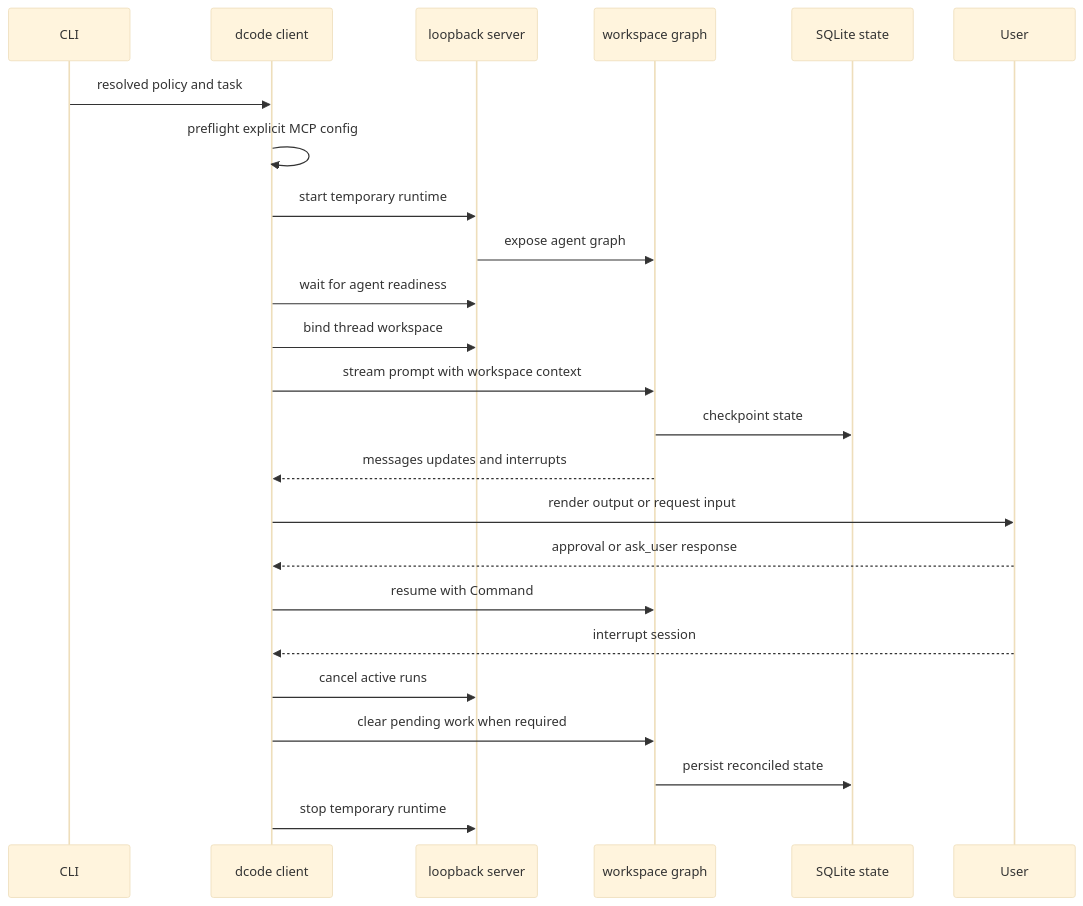
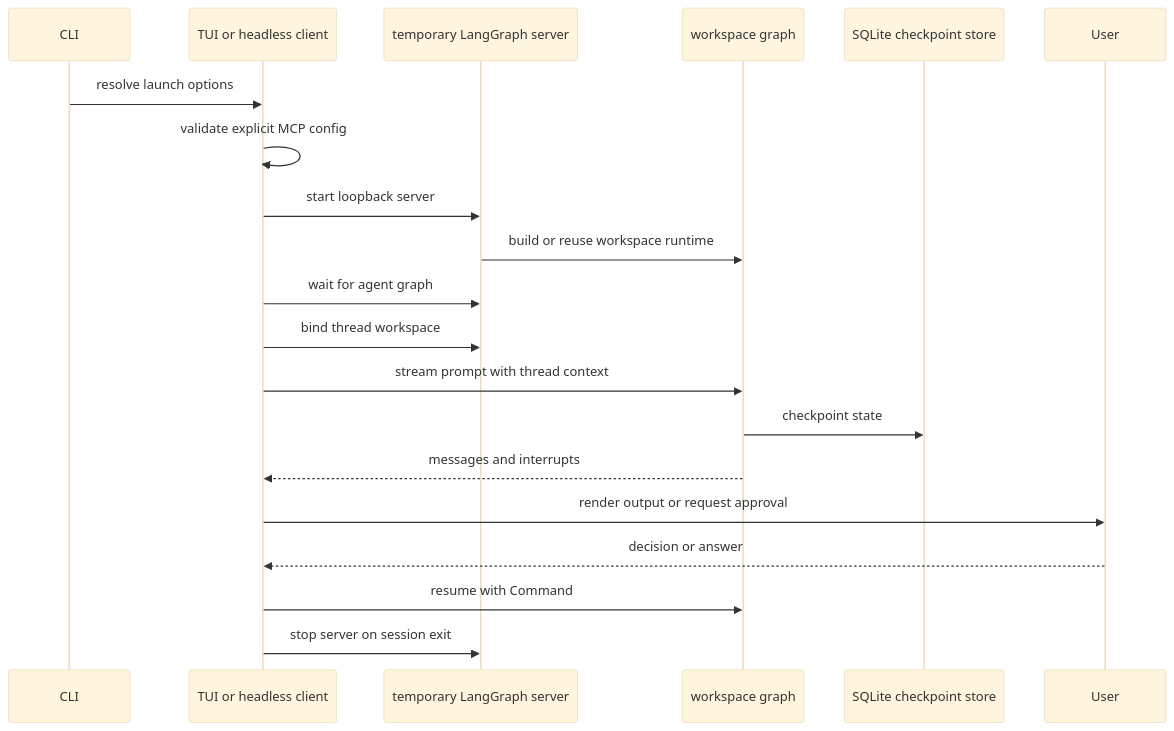
The diagram in openwiki/workflows/run-dcode-session.md (langchain-ai/deepagents), drawn with Mermaid (base theme) before and after one commit. The commit also changed other lines of this file and 55 other files, not shown here.

````diff
--- a/openwiki/workflows/run-dcode-session.md
+++ b/openwiki/workflows/run-dcode-session.md
@@ -78,26 +74,22 @@
 ```mermaid
 sequenceDiagram
     participant CLI
-    participant Client as dcode client
-    participant Server as loopback server
+    participant Client as TUI or headless client
+    participant Server as temporary LangGraph server
     participant Graph as workspace graph
-    participant Store as SQLite state
+    participant Store as SQLite checkpoint store
     participant User
-    CLI->>Client: resolved policy and task
-    Client->>Client: preflight explicit MCP config
-    Client->>Server: start temporary runtime
-    Server->>Graph: expose agent graph
-    Client->>Server: wait for agent readiness
+    CLI->>Client: resolve launch options
+    Client->>Client: validate explicit MCP config
+    Client->>Server: start loopback server
+    Server->>Graph: build or reuse workspace runtime
+    Client->>Server: wait for agent graph
     Client->>Server: bind thread workspace
-    Client->>Graph: stream prompt with workspace context
+    Client->>Graph: stream prompt with thread context
     Graph->>Store: checkpoint state
-    Graph-->>Client: messages updates and interrupts
-    Client->>User: render output or request input
-    User-->>Client: approval or ask_user response
+    Graph-->>Client: messages and interrupts
+    Client->>User: render output or request approval
+    User-->>Client: decision or answer
     Client->>Graph: resume with Command
-    User-->>Client: interrupt session
-    Client->>Server: cancel active runs
-    Client->>Graph: clear pending work when required
-    Graph->>Store: persist reconciled state
-    Client->>Server: stop temporary runtime
+    Client->>Server: stop server on session exit
 ```
````
